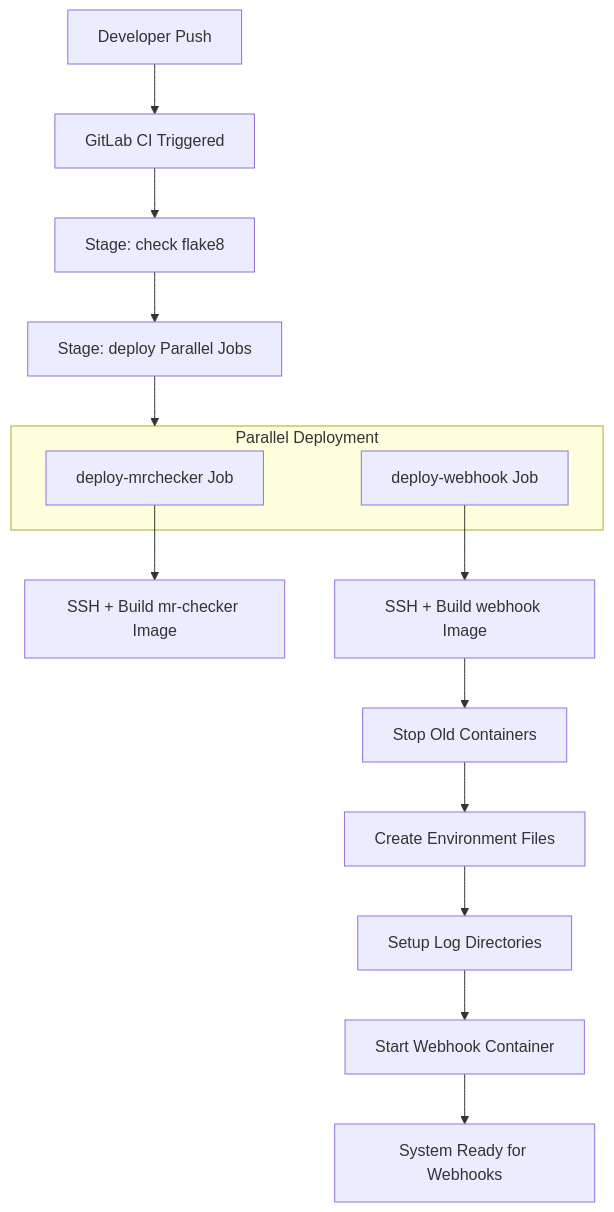
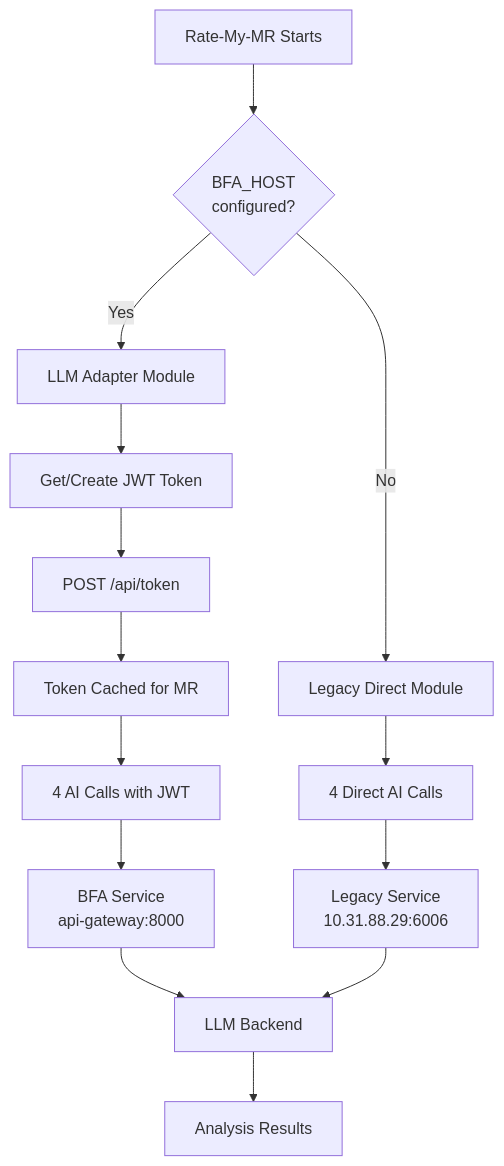
The second of 8 diagrams in ARCHITECTURE.md (vigneshpalanivelr/commit-validator), drawn with Mermaid before and after one commit. The commit also changed other lines of this file, not shown here.

First line of the commit message:
Comprehensive ARCHITECTURE.md update

````diff
--- a/ARCHITECTURE.md
+++ b/ARCHITECTURE.md
@@ -152,20 +84,16 @@
 ```mermaid
 flowchart TD
-    A[Developer Push] --> B[GitLab CI Triggered]
-    B --> C[Stage: check flake8]
-    C --> D[Stage: deploy Parallel Jobs]
-
-    subgraph jobs ["Parallel Deployment"]
-        E[deploy-mrchecker Job]
-        F[deploy-webhook Job]
-    end
-
-    D --> jobs
-    E --> G[SSH + Build mr-checker Image]
-    F --> H[SSH + Build webhook Image]
-    H --> I[Stop Old Containers]
-    I --> J[Create Environment Files]
-    J --> K[Setup Log Directories]
-    K --> L[Start Webhook Container]
-    L --> M[System Ready for Webhooks]
+    A[Rate-My-MR Starts] --> B{BFA_HOST<br/>configured?}
+    B -->|Yes| C[LLM Adapter Module]
+    B -->|No| D[Legacy Direct Module]
+    C --> E[Get/Create JWT Token]
+    E --> F[POST /api/token]
+    F --> G[Token Cached for MR]
+    G --> H[4 AI Calls with JWT]
+    D --> I[4 Direct AI Calls]
+    H --> J[BFA Service<br/>api-gateway:8000]
+    I --> K[Legacy Service<br/>10.31.88.29:6006]
+    J --> L[LLM Backend]
+    K --> L
+    L --> M[Analysis Results]
 ```
````
